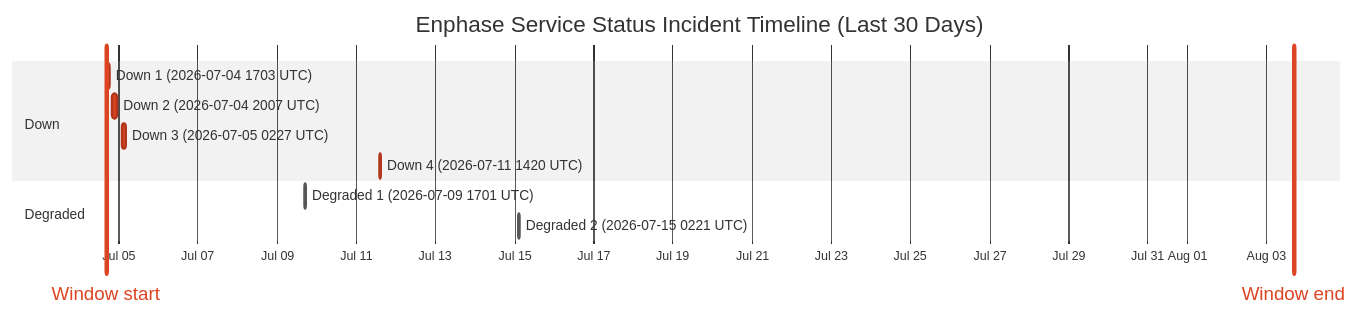
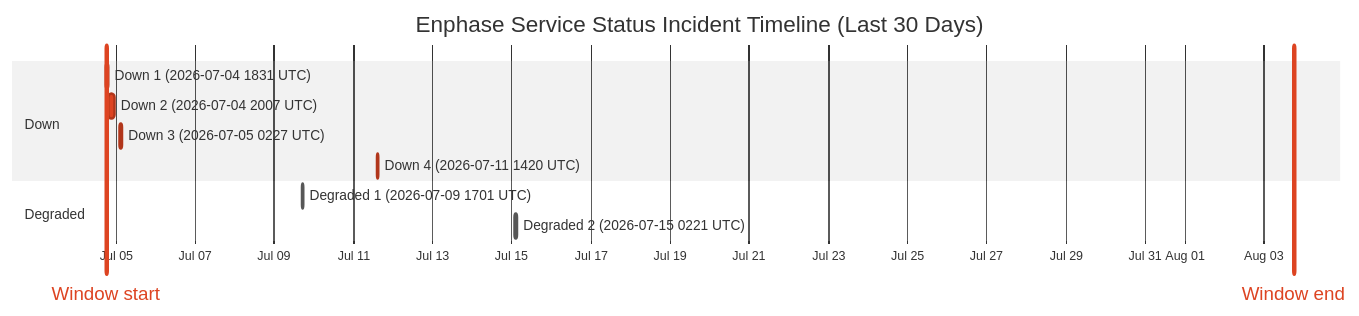
The diagram in wiki/Service-Status-History.md (barneyonline/ha-enphase-energy), drawn with Mermaid (neutral theme) before and after one commit. The commit also changed other lines of this file and 3 other files, not shown here.

````diff
--- a/wiki/Service-Status-History.md
+++ b/wiki/Service-Status-History.md
@@ -14,16 +14,16 @@
 ```mermaid
 gantt
     title Enphase Service Status Incident Timeline (Last 30 Days)
     dateFormat  YYYY-MM-DDTHH:mm:ss
     axisFormat  %b %d
-    Window start :vert, window-start, 2026-07-04T16:23:28, 0ms
-    Window end :vert, window-end, 2026-08-03T16:23:28, 0ms
+    Window start :vert, window-start, 2026-07-04T18:15:49, 0ms
+    Window end :vert, window-end, 2026-08-03T18:15:49, 0ms
     section Down
-    Down 1 (2026-07-04 1703 UTC) :crit, down-1, 2026-07-04T17:03:27, 87m
+    Down 1 (2026-07-04 1831 UTC) :crit, down-1, 2026-07-04T18:31:22, 60m
     Down 2 (2026-07-04 2007 UTC) :crit, down-2, 2026-07-04T20:07:50, 206m
     Down 3 (2026-07-05 0227 UTC) :crit, down-3, 2026-07-05T02:27:32, 109m
     Down 4 (2026-07-11 1420 UTC) :crit, down-4, 2026-07-11T14:20:54, 69m
     section Degraded
     Degraded 1 (2026-07-09 1701 UTC) :active, degraded-1, 2026-07-09T17:01:02, 60m
     Degraded 2 (2026-07-15 0221 UTC) :active, degraded-2, 2026-07-15T02:21:35, 60m
 ```
````
